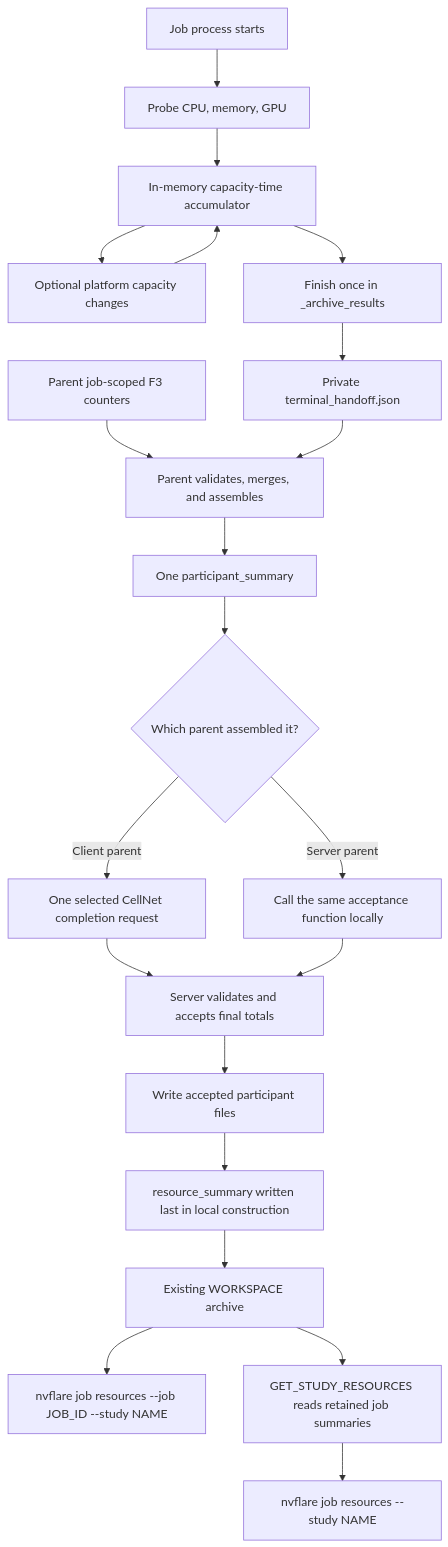
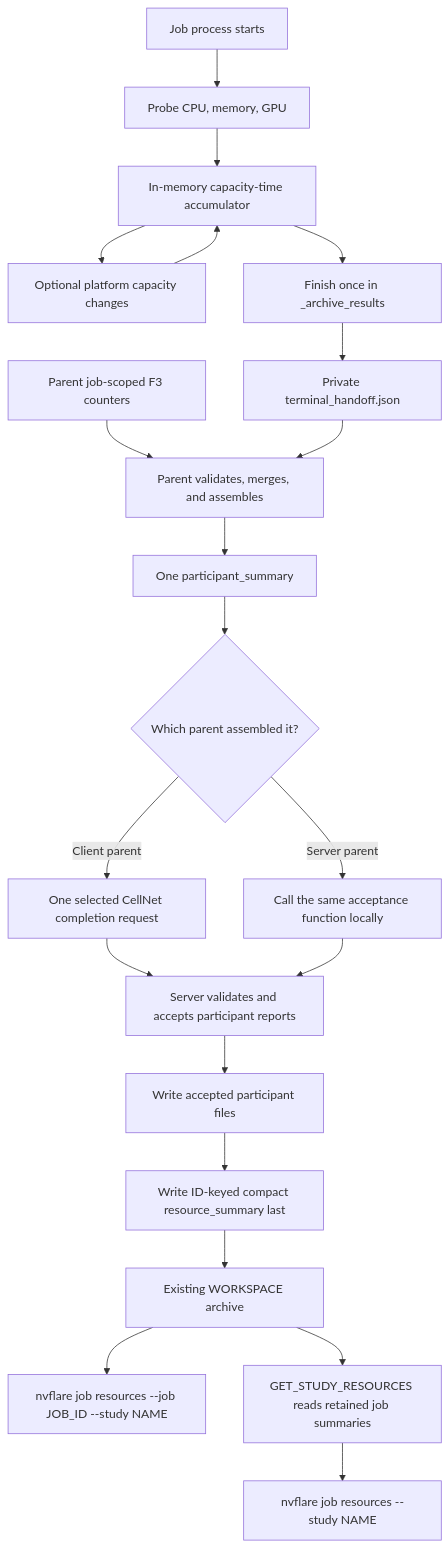
Before and after one commit to nvkevlu/NVFlare: the first of 2 diagrams in research/runtime_resource_proxy_prototype/ROLLUP_FLOW.md, drawn with Mermaid. The commit also changed other lines of this file and 156 other files, not shown here.

````diff
--- a/research/runtime_resource_proxy_prototype/ROLLUP_FLOW.md
+++ b/research/runtime_resource_proxy_prototype/ROLLUP_FLOW.md
@@ -13,23 +18,23 @@
 ```mermaid
 flowchart TD
     A[Job process starts] --> B[Probe CPU, memory, GPU]
     B --> C[In-memory capacity-time accumulator]
     C --> D[Optional platform capacity changes]
     D --> C
     C --> E[Finish once in _archive_results]
     E --> F[Private terminal_handoff.json]
     P[Parent job-scoped F3 counters] --> G[Parent validates, merges, and assembles]
     F --> G
     G --> H[One participant_summary]
     H --> I{Which parent assembled it?}
     I -->|Client parent| IA[One selected CellNet completion request]
     I -->|Server parent| IB[Call the same acceptance function locally]
-    IA --> J[Server validates and accepts final totals]
+    IA --> J[Server validates and accepts participant reports]
     IB --> J
     J --> K[Write accepted participant files]
-    K --> L[resource_summary written last in local construction]
+    K --> L[Write ID-keyed compact resource_summary last]
     L --> M[Existing WORKSPACE archive]
     M --> N[nvflare job resources --job JOB_ID --study NAME]
     M --> O[GET_STUDY_RESOURCES reads retained job summaries]
     O --> Q[nvflare job resources --study NAME]
 ```
````
